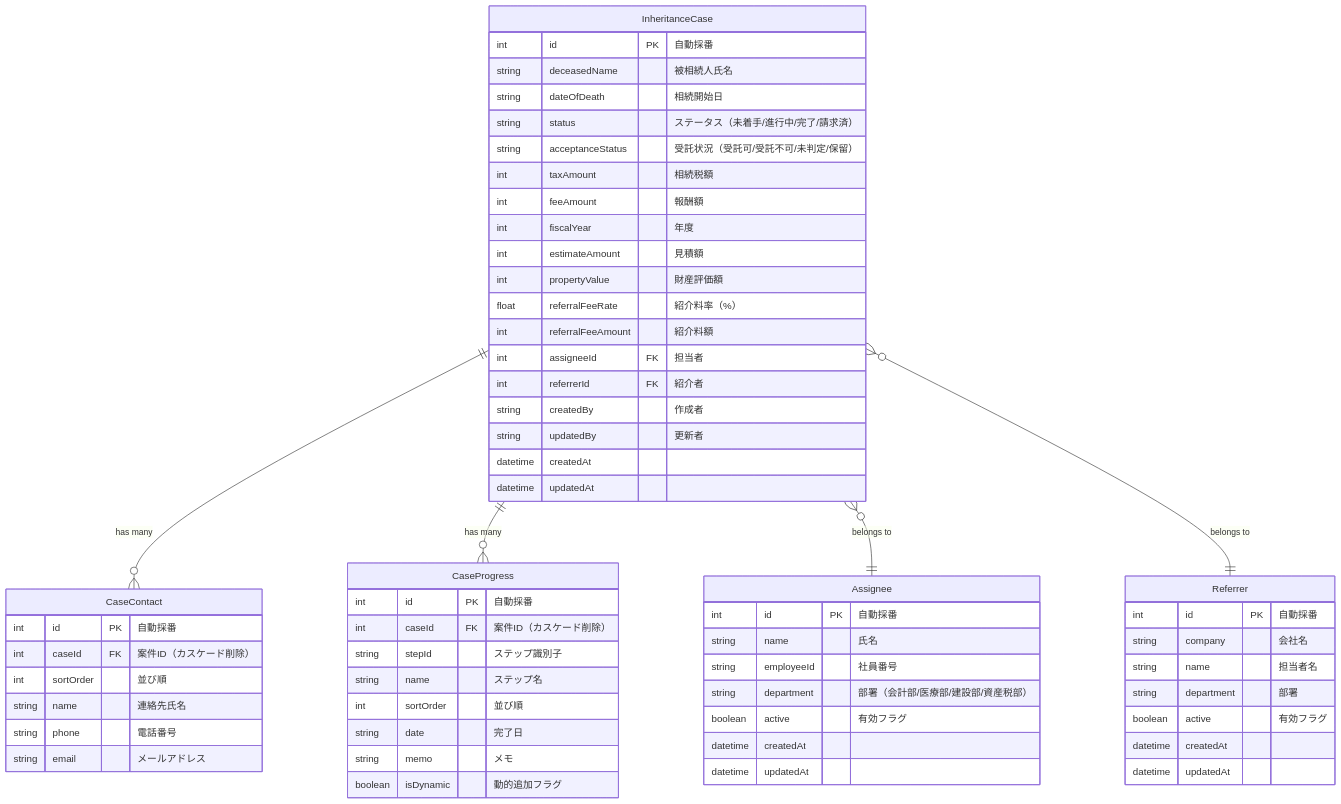
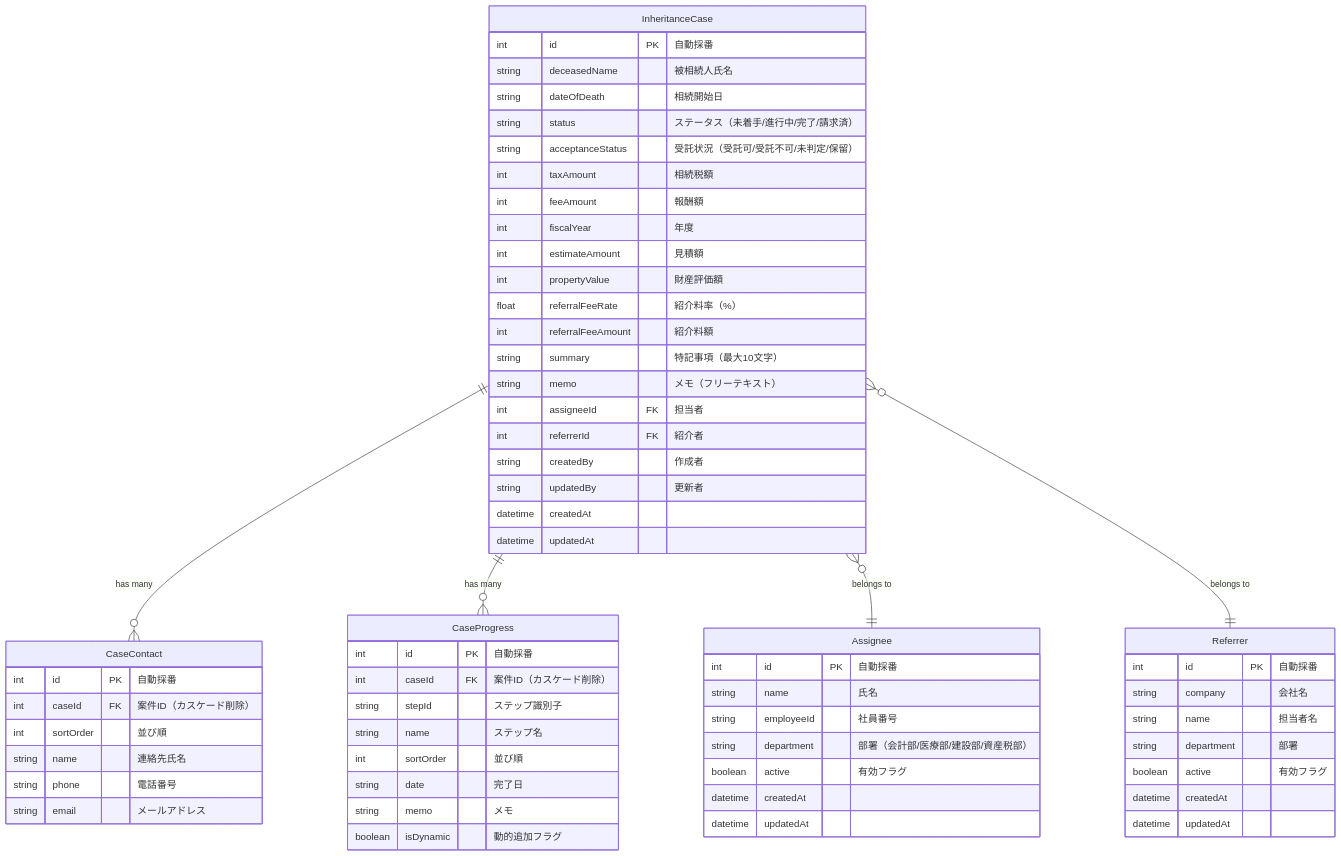
One commit to kojima1978/tax_apps changed the diagram in apps/inheritance-case-management/README.md. Above: the diagram before and after it, drawn with Mermaid. The commit also changed other lines of this file and 1 other file, not shown here.

````diff
--- a/apps/inheritance-case-management/README.md
+++ b/apps/inheritance-case-management/README.md
@@ -254,68 +262,70 @@
 ```mermaid
 erDiagram
     InheritanceCase ||--o{ CaseContact : "has many"
     InheritanceCase ||--o{ CaseProgress : "has many"
     InheritanceCase }o--|| Assignee : "belongs to"
     InheritanceCase }o--|| Referrer : "belongs to"
 
     InheritanceCase {
         int id PK "自動採番"
         string deceasedName "被相続人氏名"
         string dateOfDeath "相続開始日"
         string status "ステータス（未着手/進行中/完了/請求済）"
         string acceptanceStatus "受託状況（受託可/受託不可/未判定/保留）"
         int taxAmount "相続税額"
         int feeAmount "報酬額"
         int fiscalYear "年度"
         int estimateAmount "見積額"
         int propertyValue "財産評価額"
         float referralFeeRate "紹介料率（%）"
         int referralFeeAmount "紹介料額"
+        string summary "特記事項（最大10文字）"
+        string memo "メモ（フリーテキスト）"
         int assigneeId FK "担当者"
         int referrerId FK "紹介者"
         string createdBy "作成者"
         string updatedBy "更新者"
         datetime createdAt
         datetime updatedAt
     }
 
     Assignee {
         int id PK "自動採番"
         string name "氏名"
         string employeeId "社員番号"
         string department "部署（会計部/医療部/建設部/資産税部）"
         boolean active "有効フラグ"
         datetime createdAt
         datetime updatedAt
     }
 
     Referrer {
         int id PK "自動採番"
         string company "会社名"
         string name "担当者名"
         string department "部署"
         boolean active "有効フラグ"
         datetime createdAt
         datetime updatedAt
     }
 
     CaseContact {
         int id PK "自動採番"
         int caseId FK "案件ID（カスケード削除）"
         int sortOrder "並び順"
         string name "連絡先氏名"
         string phone "電話番号"
         string email "メールアドレス"
     }
 
     CaseProgress {
         int id PK "自動採番"
         int caseId FK "案件ID（カスケード削除）"
         string stepId "ステップ識別子"
         string name "ステップ名"
         int sortOrder "並び順"
         string date "完了日"
         string memo "メモ"
         boolean isDynamic "動的追加フラグ"
     }
 ```
````
